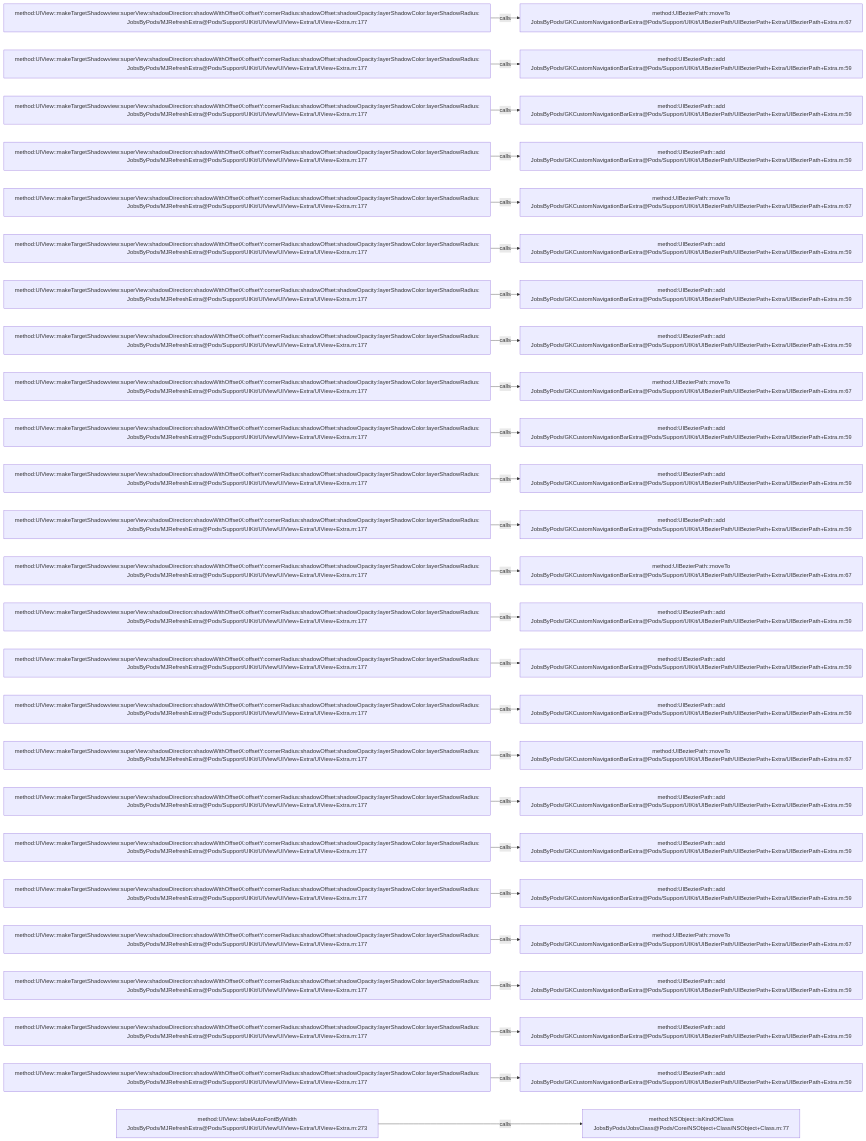
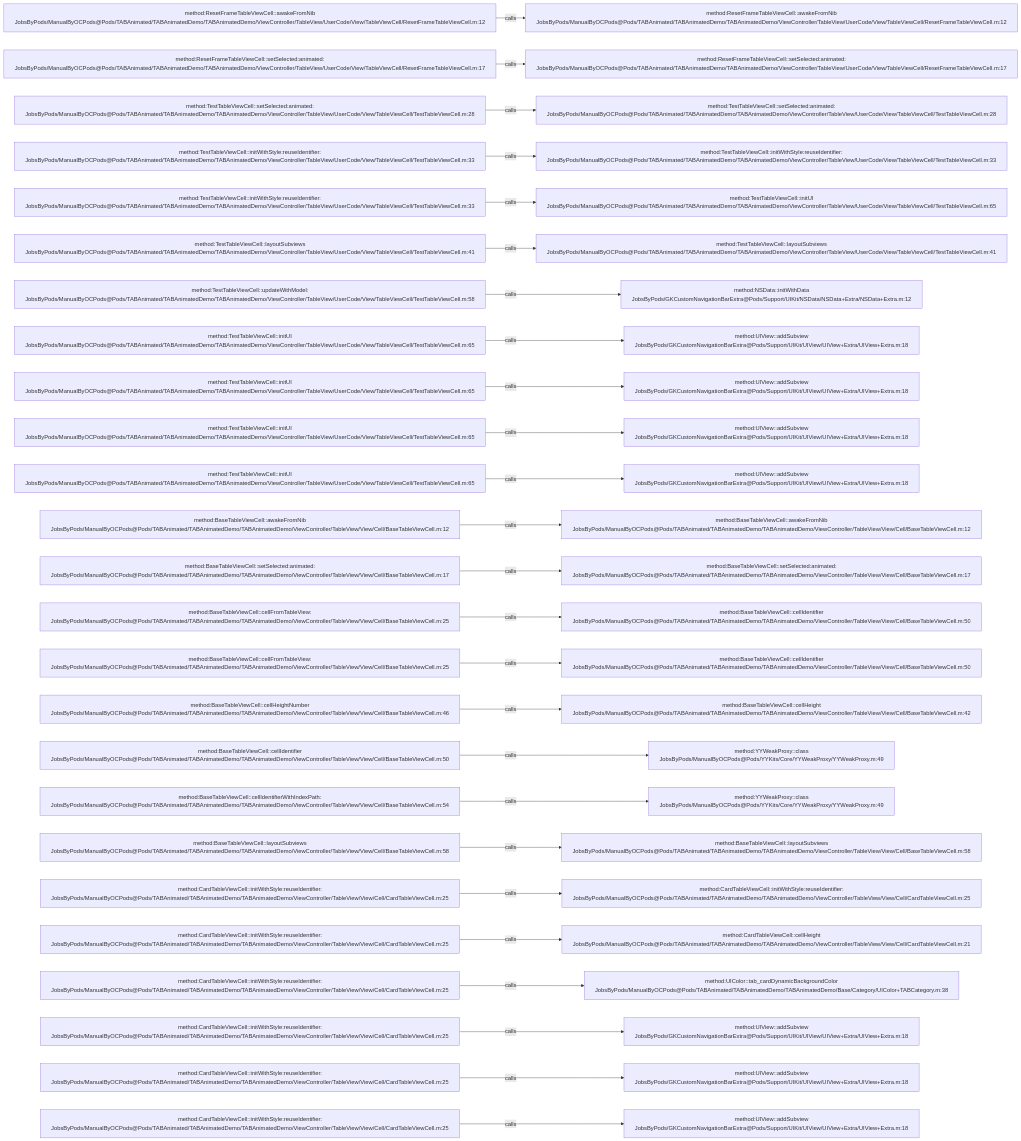
Before and after one commit to JobsKits/JobsOCBaseConfigDemo: the diagram in .codegraph/codegraph.md/graphs/calls-173.md, drawn with Mermaid. The commit also changed 573 other files, not shown here.

````diff
--- a/.codegraph/codegraph.md/graphs/calls-173.md
+++ b/.codegraph/codegraph.md/graphs/calls-173.md
@@ -13,78 +13,78 @@
 ```mermaid
 flowchart LR
-  S1["method:UIView::makeTargetShadowview:superView:shadowDirection:shadowWithOffsetX:offsetY:cornerRadius:shadowOffset:shadowOpacity:layerShadowColor:layerShadowRadius:<br/>JobsByPods/MJRefreshExtra@Pods/Support/UIKit/UIView/UIView+Extra/UIView+Extra.m:177"]
-  T1["method:UIBezierPath::moveTo<br/>JobsByPods/GKCustomNavigationBarExtra@Pods/Support/UIKit/UIBezierPath/UIBezierPath+Extra/UIBezierPath+Extra.m:67"]
+  S1["method:ResetFrameTableViewCell::awakeFromNib<br/>JobsByPods/ManualByOCPods@Pods/TABAnimated/TABAnimatedDemo/TABAnimatedDemo/ViewController/TableView/UserCode/View/TableViewCell/ResetFrameTableViewCell.m:12"]
+  T1["method:ResetFrameTableViewCell::awakeFromNib<br/>JobsByPods/ManualByOCPods@Pods/TABAnimated/TABAnimatedDemo/TABAnimatedDemo/ViewController/TableView/UserCode/View/TableViewCell/ResetFrameTableViewCell.m:12"]
   S1 -->|calls| T1
-  S2["method:UIView::makeTargetShadowview:superView:shadowDirection:shadowWithOffsetX:offsetY:cornerRadius:shadowOffset:shadowOpacity:layerShadowColor:layerShadowRadius:<br/>JobsByPods/MJRefreshExtra@Pods/Support/UIKit/UIView/UIView+Extra/UIView+Extra.m:177"]
-  T2["method:UIBezierPath::add<br/>JobsByPods/GKCustomNavigationBarExtra@Pods/Support/UIKit/UIBezierPath/UIBezierPath+Extra/UIBezierPath+Extra.m:59"]
+  S2["method:ResetFrameTableViewCell::setSelected:animated:<br/>JobsByPods/ManualByOCPods@Pods/TABAnimated/TABAnimatedDemo/TABAnimatedDemo/ViewController/TableView/UserCode/View/TableViewCell/ResetFrameTableViewCell.m:17"]
+  T2["method:ResetFrameTableViewCell::setSelected:animated:<br/>JobsByPods/ManualByOCPods@Pods/TABAnimated/TABAnimatedDemo/TABAnimatedDemo/ViewController/TableView/UserCode/View/TableViewCell/ResetFrameTableViewCell.m:17"]
   S2 -->|calls| T2
-  S3["method:UIView::makeTargetShadowview:superView:shadowDirection:shadowWithOffsetX:offsetY:cornerRadius:shadowOffset:shadowOpacity:layerShadowColor:layerShadowRadius:<br/>JobsByPods/MJRefreshExtra@Pods/Support/UIKit/UIView/UIView+Extra/UIView+Extra.m:177"]
-  T3["method:UIBezierPath::add<br/>JobsByPods/GKCustomNavigationBarExtra@Pods/Support/UIKit/UIBezierPath/UIBezierPath+Extra/UIBezierPath+Extra.m:59"]
+  S3["method:TestTableViewCell::setSelected:animated:<br/>JobsByPods/ManualByOCPods@Pods/TABAnimated/TABAnimatedDemo/TABAnimatedDemo/ViewController/TableView/UserCode/View/TableViewCell/TestTableViewCell.m:28"]
+  T3["method:TestTableViewCell::setSelected:animated:<br/>JobsByPods/ManualByOCPods@Pods/TABAnimated/TABAnimatedDemo/TABAnimatedDemo/ViewController/TableView/UserCode/View/TableViewCell/TestTableViewCell.m:28"]
   S3 -->|calls| T3
-  S4["method:UIView::makeTargetShadowview:superView:shadowDirection:shadowWithOffsetX:offsetY:cornerRadius:shadowOffset:shadowOpacity:layerShadowColor:layerShadowRadius:<br/>JobsByPods/MJRefreshExtra@Pods/Support/UIKit/UIView/UIView+Extra/UIView+Extra.m:177"]
-  T4["method:UIBezierPath::add<br/>JobsByPods/GKCustomNavigationBarExtra@Pods/Support/UIKit/UIBezierPath/UIBezierPath+Extra/UIBezierPath+Extra.m:59"]
+  S4["method:TestTableViewCell::initWithStyle:reuseIdentifier:<br/>JobsByPods/ManualByOCPods@Pods/TABAnimated/TABAnimatedDemo/TABAnimatedDemo/ViewController/TableView/UserCode/View/TableViewCell/TestTableViewCell.m:33"]
+  T4["method:TestTableViewCell::initWithStyle:reuseIdentifier:<br/>JobsByPods/ManualByOCPods@Pods/TABAnimated/TABAnimatedDemo/TABAnimatedDemo/ViewController/TableView/UserCode/View/TableViewCell/TestTableViewCell.m:33"]
   S4 -->|calls| T4
-  S5["method:UIView::makeTargetShadowview:superView:shadowDirection:shadowWithOffsetX:offsetY:cornerRadius:shadowOffset:shadowOpacity:layerShadowColor:layerShadowRadius:<br/>JobsByPods/MJRefreshExtra@Pods/Support/UIKit/UIView/UIView+Extra/UIView+Extra.m:177"]
-  T5["method:UIBezierPath::moveTo<br/>JobsByPods/GKCustomNavigationBarExtra@Pods/Support/UIKit/UIBezierPath/UIBezierPath+Extra/UIBezierPath+Extra.m:67"]
+  S5["method:TestTableViewCell::initWithStyle:reuseIdentifier:<br/>JobsByPods/ManualByOCPods@Pods/TABAnimated/TABAnimatedDemo/TABAnimatedDemo/ViewController/TableView/UserCode/View/TableViewCell/TestTableViewCell.m:33"]
+  T5["method:TestTableViewCell::initUI<br/>JobsByPods/ManualByOCPods@Pods/TABAnimated/TABAnimatedDemo/TABAnimatedDemo/ViewController/TableView/UserCode/View/TableViewCell/TestTableViewCell.m:65"]
   S5 -->|calls| T5
-  S6["method:UIView::makeTargetShadowview:superView:shadowDirection:shadowWithOffsetX:offsetY:cornerRadius:shadowOffset:shadowOpacity:layerShadowColor:layerShadowRadius:<br/>JobsByPods/MJRefreshExtra@Pods/Support/UIKit/UIView/UIView+Extra/UIView+Extra.m:177"]
-  T6["method:UIBezierPath::add<br/>JobsByPods/GKCustomNavigationBarExtra@Pods/Support/UIKit/UIBezierPath/UIBezierPath+Extra/UIBezierPath+Extra.m:59"]
+  S6["method:TestTableViewCell::layoutSubviews<br/>JobsByPods/ManualByOCPods@Pods/TABAnimated/TABAnimatedDemo/TABAnimatedDemo/ViewController/TableView/UserCode/View/TableViewCell/TestTableViewCell.m:41"]
+  T6["method:TestTableViewCell::layoutSubviews<br/>JobsByPods/ManualByOCPods@Pods/TABAnimated/TABAnimatedDemo/TABAnimatedDemo/ViewController/TableView/UserCode/View/TableViewCell/TestTableViewCell.m:41"]
   S6 -->|calls| T6
-  S7["method:UIView::makeTargetShadowview:superView:shadowDirection:shadowWithOffsetX:offsetY:cornerRadius:shadowOffset:shadowOpacity:layerShadowColor:layerShadowRadius:<br/>JobsByPods/MJRefreshExtra@Pods/Support/UIKit/UIView/UIView+Extra/UIView+Extra.m:177"]
-  T7["method:UIBezierPath::add<br/>JobsByPods/GKCustomNavigationBarExtra@Pods/Support/UIKit/UIBezierPath/UIBezierPath+Extra/UIBezierPath+Extra.m:59"]
+  S7["method:TestTableViewCell::updateWithModel:<br/>JobsByPods/ManualByOCPods@Pods/TABAnimated/TABAnimatedDemo/TABAnimatedDemo/ViewController/TableView/UserCode/View/TableViewCell/TestTableViewCell.m:58"]
+  T7["method:NSData::initWithData<br/>JobsByPods/GKCustomNavigationBarExtra@Pods/Support/UIKit/NSData/NSData+Extra/NSData+Extra.m:12"]
   S7 -->|calls| T7
-  S8["method:UIView::makeTargetShadowview:superView:shadowDirection:shadowWithOffsetX:offsetY:cornerRadius:shadowOffset:shadowOpacity:layerShadowColor:layerShadowRadius:<br/>JobsByPods/MJRefreshExtra@Pods/Support/UIKit/UIView/UIView+Extra/UIView+Extra.m:177"]
-  T8["method:UIBezierPath::add<br/>JobsByPods/GKCustomNavigationBarExtra@Pods/Support/UIKit/UIBezierPath/UIBezierPath+Extra/UIBezierPath+Extra.m:59"]
+  S8["method:TestTableViewCell::initUI<br/>JobsByPods/ManualByOCPods@Pods/TABAnimated/TABAnimatedDemo/TABAnimatedDemo/ViewController/TableView/UserCode/View/TableViewCell/TestTableViewCell.m:65"]
+  T8["method:UIView::addSubview<br/>JobsByPods/GKCustomNavigationBarExtra@Pods/Support/UIKit/UIView/UIView+Extra/UIView+Extra.m:18"]
   S8 -->|calls| T8
-  S9["method:UIView::makeTargetShadowview:superView:shadowDirection:shadowWithOffsetX:offsetY:cornerRadius:shadowOffset:shadowOpacity:layerShadowColor:layerShadowRadius:<br/>JobsByPods/MJRefreshExtra@Pods/Support/UIKit/UIView/UIView+Extra/UIView+Extra.m:177"]
-  T9["method:UIBezierPath::moveTo<br/>JobsByPods/GKCustomNavigationBarExtra@Pods/Support/UIKit/UIBezierPath/UIBezierPath+Extra/UIBezierPath+Extra.m:67"]
+  S9["method:TestTableViewCell::initUI<br/>JobsByPods/ManualByOCPods@Pods/TABAnimated/TABAnimatedDemo/TABAnimatedDemo/ViewController/TableView/UserCode/View/TableViewCell/TestTableViewCell.m:65"]
+  T9["method:UIView::addSubview<br/>JobsByPods/GKCustomNavigationBarExtra@Pods/Support/UIKit/UIView/UIView+Extra/UIView+Extra.m:18"]
   S9 -->|calls| T9
-  S10["method:UIView::makeTargetShadowview:superView:shadowDirection:shadowWithOffsetX:offsetY:cornerRadius:shadowOffset:shadowOpacity:layerShadowColor:layerShadowRadius:<br/>JobsByPods/MJRefreshExtra@Pods/Support/UIKit/UIView/UIView+Extra/UIView+Extra.m:177"]
-  T10["method:UIBezierPath::add<br/>JobsByPods/GKCustomNavigationBarExtra@Pods/Support/UIKit/UIBezierPath/UIBezierPath+Extra/UIBezierPath+Extra.m:59"]
+  S10["method:TestTableViewCell::initUI<br/>JobsByPods/ManualByOCPods@Pods/TABAnimated/TABAnimatedDemo/TABAnimatedDemo/ViewController/TableView/UserCode/View/TableViewCell/TestTableViewCell.m:65"]
+  T10["method:UIView::addSubview<br/>JobsByPods/GKCustomNavigationBarExtra@Pods/Support/UIKit/UIView/UIView+Extra/UIView+Extra.m:18"]
   S10 -->|calls| T10
-  S11["method:UIView::makeTargetShadowview:superView:shadowDirection:shadowWithOffsetX:offsetY:cornerRadius:shadowOffset:shadowOpacity:layerShadowColor:layerShadowRadius:<br/>JobsByPods/MJRefreshExtra@Pods/Support/UIKit/UIView/UIView+Extra/UIView+Extra.m:177"]
-  T11["method:UIBezierPath::add<br/>JobsByPods/GKCustomNavigationBarExtra@Pods/Support/UIKit/UIBezierPath/UIBezierPath+Extra/UIBezierPath+Extra.m:59"]
+  S11["method:TestTableViewCell::initUI<br/>JobsByPods/ManualByOCPods@Pods/TABAnimated/TABAnimatedDemo/TABAnimatedDemo/ViewController/TableView/UserCode/View/TableViewCell/TestTableViewCell.m:65"]
+  T11["method:UIView::addSubview<br/>JobsByPods/GKCustomNavigationBarExtra@Pods/Support/UIKit/UIView/UIView+Extra/UIView+Extra.m:18"]
   S11 -->|calls| T11
-  S12["method:UIView::makeTargetShadowview:superView:shadowDirection:shadowWithOffsetX:offsetY:cornerRadius:shadowOffset:shadowOpacity:layerShadowColor:layerShadowRadius:<br/>JobsByPods/MJRefreshExtra@Pods/Support/UIKit/UIView/UIView+Extra/UIView+Extra.m:177"]
-  T12["method:UIBezierPath::add<br/>JobsByPods/GKCustomNavigationBarExtra@Pods/Support/UIKit/UIBezierPath/UIBezierPath+Extra/UIBezierPath+Extra.m:59"]
+  S12["method:BaseTableViewCell::awakeFromNib<br/>JobsByPods/ManualByOCPods@Pods/TABAnimated/TABAnimatedDemo/TABAnimatedDemo/ViewController/TableView/View/Cell/BaseTableViewCell.m:12"]
+  T12["method:BaseTableViewCell::awakeFromNib<br/>JobsByPods/ManualByOCPods@Pods/TABAnimated/TABAnimatedDemo/TABAnimatedDemo/ViewController/TableView/View/Cell/BaseTableViewCell.m:12"]
   S12 -->|calls| T12
-  S13["method:UIView::makeTargetShadowview:superView:shadowDirection:shadowWithOffsetX:offsetY:cornerRadius:shadowOffset:shadowOpacity:layerShadowColor:layerShadowRadius:<br/>JobsByPods/MJRefreshExtra@Pods/Support/UIKit/UIView/UIView+Extra/UIView+Extra.m:177"]
-  T13["method:UIBezierPath::moveTo<br/>JobsByPods/GKCustomNavigationBarExtra@Pods/Support/UIKit/UIBezierPath/UIBezierPath+Extra/UIBezierPath+Extra.m:67"]
+  S13["method:BaseTableViewCell::setSelected:animated:<br/>JobsByPods/ManualByOCPods@Pods/TABAnimated/TABAnimatedDemo/TABAnimatedDemo/ViewController/TableView/View/Cell/BaseTableViewCell.m:17"]
+  T13["method:BaseTableViewCell::setSelected:animated:<br/>JobsByPods/ManualByOCPods@Pods/TABAnimated/TABAnimatedDemo/TABAnimatedDemo/ViewController/TableView/View/Cell/BaseTableViewCell.m:17"]
   S13 -->|calls| T13
-  S14["method:UIView::makeTargetShadowview:superView:shadowDirection:shadowWithOffsetX:offsetY:cornerRadius:shadowOffset:shadowOpacity:layerShadowColor:layerShadowRadius:<br/>JobsByPods/MJRefreshExtra@Pods/Support/UIKit/UIView/UIView+Extra/UIView+Extra.m:177"]
-  T14["method:UIBezierPath::add<br/>JobsByPods/GKCustomNavigationBarExtra@Pods/Support/UIKit/UIBezierPath/UIBezierPath+Extra/UIBezierPath+Extra.m:59"]
+  S14["method:BaseTableViewCell::cellFromTableView:<br/>JobsByPods/ManualByOCPods@Pods/TABAnimated/TABAnimatedDemo/TABAnimatedDemo/ViewController/TableView/View/Cell/BaseTableViewCell.m:25"]
+  T14["method:BaseTableViewCell::cellIdentifier<br/>JobsByPods/ManualByOCPods@Pods/TABAnimated/TABAnimatedDemo/TABAnimatedDemo/ViewController/TableView/View/Cell/BaseTableViewCell.m:50"]
   S14 -->|calls| T14
-  S15["method:UIView::makeTargetShadowview:superView:shadowDirection:shadowWithOffsetX:offsetY:cornerRadius:shadowOffset:shadowOpacity:layerShadowColor:layerShadowRadius:<br/>JobsByPods/MJRefreshExtra@Pods/Support/UIKit/UIView/UIView+Extra/UIView+Extra.m:177"]
-  T15["method:UIBezierPath::add<br/>JobsByPods/GKCustomNavigationBarExtra@Pods/Support/UIKit/UIBezierPath/UIBezierPath+Extra/UIBezierPath+Extra.m:59"]
+  S15["method:BaseTableViewCell::cellFromTableView:<br/>JobsByPods/ManualByOCPods@Pods/TABAnimated/TABAnimatedDemo/TABAnimatedDemo/ViewController/TableView/View/Cell/BaseTableViewCell.m:25"]
+  T15["method:BaseTableViewCell::cellIdentifier<br/>JobsByPods/ManualByOCPods@Pods/TABAnimated/TABAnimatedDemo/TABAnimatedDemo/ViewController/TableView/View/Cell/BaseTableViewCell.m:50"]
   S15 -->|calls| T15
-  S16["method:UIView::makeTargetShadowview:superView:shadowDirection:shadowWithOffsetX:offsetY:cornerRadius:shadowOffset:shadowOpacity:layerShadowColor:layerShadowRadius:<br/>JobsByPods/MJRefreshExtra@Pods/Support/UIKit/UIView/UIView+Extra/UIView+Extra.m:177"]
-  T16["method:UIBezierPath::add<br/>JobsByPods/GKCustomNavigationBarExtra@Pods/Support/UIKit/UIBezierPath/UIBezierPath+Extra/UIBezierPath+Extra.m:59"]
+  S16["method:BaseTableViewCell::cellHeightNumber<br/>JobsByPods/ManualByOCPods@Pods/TABAnimated/TABAnimatedDemo/TABAnimatedDemo/ViewController/TableView/View/Cell/BaseTableViewCell.m:46"]
+  T16["method:BaseTableViewCell::cellHeight<br/>JobsByPods/ManualByOCPods@Pods/TABAnimated/TABAnimatedDemo/TABAnimatedDemo/ViewController/TableView/View/Cell/BaseTableViewCell.m:42"]
   S16 -->|calls| T16
-  S17["method:UIView::makeTargetShadowview:superView:shadowDirection:shadowWithOffsetX:offsetY:cornerRadius:shadowOffset:shadowOpacity:layerShadowColor:layerShadowRadius:<br/>JobsByPods/MJRefreshExtra@Pods/Support/UIKit/UIView/UIView+Extra/UIView+Extra.m:177"]
-  T17["method:UIBezierPath::moveTo<br/>JobsByPods/GKCustomNavigationBarExtra@Pods/Support/UIKit/UIBezierPath/UIBezierPath+Extra/UIBezierPath+Extra.m:67"]
+  S17["method:BaseTableViewCell::cellIdentifier<br/>JobsByPods/ManualByOCPods@Pods/TABAnimated/TABAnimatedDemo/TABAnimatedDemo/ViewController/TableView/View/Cell/BaseTableViewCell.m:50"]
+  T17["method:YYWeakProxy::class<br/>JobsByPods/ManualByOCPods@Pods/YYKits/Core/YYWeakProxy/YYWeakProxy.m:49"]
   S17 -->|calls| T17
-  S18["method:UIView::makeTargetShadowview:superView:shadowDirection:shadowWithOffsetX:offsetY:cornerRadius:shadowOffset:shadowOpacity:layerShadowColor:layerShadowRadius:<br/>JobsByPods/MJRefreshExtra@Pods/Support/UIKit/UIView/UIView+Extra/UIView+Extra.m:177"]
-  T18["method:UIBezierPath::add<br/>JobsByPods/GKCustomNavigationBarExtra@Pods/Support/UIKit/UIBezierPath/UIBezierPath+Extra/UIBezierPath+Extra.m:59"]
+  S18["method:BaseTableViewCell::cellIdentifierWithIndexPath:<br/>JobsByPods/ManualByOCPods@Pods/TABAnimated/TABAnimatedDemo/TABAnimatedDemo/ViewController/TableView/View/Cell/BaseTableViewCell.m:54"]
+  T18["method:YYWeakProxy::class<br/>JobsByPods/ManualByOCPods@Pods/YYKits/Core/YYWeakProxy/YYWeakProxy.m:49"]
   S18 -->|calls| T18
-  S19["method:UIView::makeTargetShadowview:superView:shadowDirection:shadowWithOffsetX:offsetY:cornerRadius:shadowOffset:shadowOpacity:layerShadowColor:layerShadowRadius:<br/>JobsByPods/MJRefreshExtra@Pods/Support/UIKit/UIView/UIView+Extra/UIView+Extra.m:177"]
-  T19["method:UIBezierPath::add<br/>JobsByPods/GKCustomNavigationBarExtra@Pods/Support/UIKit/UIBezierPath/UIBezierPath+Extra/UIBezierPath+Extra.m:59"]
+  S19["method:BaseTableViewCell::layoutSubviews<br/>JobsByPods/ManualByOCPods@Pods/TABAnimated/TABAnimatedDemo/TABAnimatedDemo/ViewController/TableView/View/Cell/BaseTableViewCell.m:58"]
+  T19["method:BaseTableViewCell::layoutSubviews<br/>JobsByPods/ManualByOCPods@Pods/TABAnimated/TABAnimatedDemo/TABAnimatedDemo/ViewController/TableView/View/Cell/BaseTableViewCell.m:58"]
   S19 -->|calls| T19
-  S20["method:UIView::makeTargetShadowview:superView:shadowDirection:shadowWithOffsetX:offsetY:cornerRadius:shadowOffset:shadowOpacity:layerShadowColor:layerShadowRadius:<br/>JobsByPods/MJRefreshExtra@Pods/Support/UIKit/UIView/UIView+Extra/UIView+Extra.m:177"]
-  T20["method:UIBezierPath::add<br/>JobsByPods/GKCustomNavigationBarExtra@Pods/Support/UIKit/UIBezierPath/UIBezierPath+Extra/UIBezierPath+Extra.m:59"]
+  S20["method:CardTableViewCell::initWithStyle:reuseIdentifier:<br/>JobsByPods/ManualByOCPods@Pods/TABAnimated/TABAnimatedDemo/TABAnimatedDemo/ViewController/TableView/View/Cell/CardTableViewCell.m:25"]
+  T20["method:CardTableViewCell::initWithStyle:reuseIdentifier:<br/>JobsByPods/ManualByOCPods@Pods/TABAnimated/TABAnimatedDemo/TABAnimatedDemo/ViewController/TableView/View/Cell/CardTableViewCell.m:25"]
   S20 -->|calls| T20
-  S21["method:UIView::makeTargetShadowview:superView:shadowDirection:shadowWithOffsetX:offsetY:cornerRadius:shadowOffset:shadowOpacity:layerShadowColor:layerShadowRadius:<br/>JobsByPods/MJRefreshExtra@Pods/Support/UIKit/UIView/UIView+Extra/UIView+Extra.m:177"]
-  T21["method:UIBezierPath::moveTo<br/>JobsByPods/GKCustomNavigationBarExtra@Pods/Support/UIKit/UIBezierPath/UIBezierPath+Extra/UIBezierPath+Extra.m:67"]
+  S21["method:CardTableViewCell::initWithStyle:reuseIdentifier:<br/>JobsByPods/ManualByOCPods@Pods/TABAnimated/TABAnimatedDemo/TABAnimatedDemo/ViewController/TableView/View/Cell/CardTableViewCell.m:25"]
+  T21["method:CardTableViewCell::cellHeight<br/>JobsByPods/ManualByOCPods@Pods/TABAnimated/TABAnimatedDemo/TABAnimatedDemo/ViewController/TableView/View/Cell/CardTableViewCell.m:21"]
   S21 -->|calls| T21
-  S22["method:UIView::makeTargetShadowview:superView:shadowDirection:shadowWithOffsetX:offsetY:cornerRadius:shadowOffset:shadowOpacity:layerShadowColor:layerShadowRadius:<br/>JobsByPods/MJRefreshExtra@Pods/Support/UIKit/UIView/UIView+Extra/UIView+Extra.m:177"]
-  T22["method:UIBezierPath::add<br/>JobsByPods/GKCustomNavigationBarExtra@Pods/Support/UIKit/UIBezierPath/UIBezierPath+Extra/UIBezierPath+Extra.m:59"]
+  S22["method:CardTableViewCell::initWithStyle:reuseIdentifier:<br/>JobsByPods/ManualByOCPods@Pods/TABAnimated/TABAnimatedDemo/TABAnimatedDemo/ViewController/TableView/View/Cell/CardTableViewCell.m:25"]
+  T22["method:UIColor::tab_cardDynamicBackgroundColor<br/>JobsByPods/ManualByOCPods@Pods/TABAnimated/TABAnimatedDemo/TABAnimatedDemo/Base/Category/UIColor+TABCategory.m:38"]
   S22 -->|calls| T22
-  S23["method:UIView::makeTargetShadowview:superView:shadowDirection:shadowWithOffsetX:offsetY:cornerRadius:shadowOffset:shadowOpacity:layerShadowColor:layerShadowRadius:<br/>JobsByPods/MJRefreshExtra@Pods/Support/UIKit/UIView/UIView+Extra/UIView+Extra.m:177"]
-  T23["method:UIBezierPath::add<br/>JobsByPods/GKCustomNavigationBarExtra@Pods/Support/UIKit/UIBezierPath/UIBezierPath+Extra/UIBezierPath+Extra.m:59"]
+  S23["method:CardTableViewCell::initWithStyle:reuseIdentifier:<br/>JobsByPods/ManualByOCPods@Pods/TABAnimated/TABAnimatedDemo/TABAnimatedDemo/ViewController/TableView/View/Cell/CardTableViewCell.m:25"]
+  T23["method:UIView::addSubview<br/>JobsByPods/GKCustomNavigationBarExtra@Pods/Support/UIKit/UIView/UIView+Extra/UIView+Extra.m:18"]
   S23 -->|calls| T23
-  S24["method:UIView::makeTargetShadowview:superView:shadowDirection:shadowWithOffsetX:offsetY:cornerRadius:shadowOffset:shadowOpacity:layerShadowColor:layerShadowRadius:<br/>JobsByPods/MJRefreshExtra@Pods/Support/UIKit/UIView/UIView+Extra/UIView+Extra.m:177"]
-  T24["method:UIBezierPath::add<br/>JobsByPods/GKCustomNavigationBarExtra@Pods/Support/UIKit/UIBezierPath/UIBezierPath+Extra/UIBezierPath+Extra.m:59"]
+  S24["method:CardTableViewCell::initWithStyle:reuseIdentifier:<br/>JobsByPods/ManualByOCPods@Pods/TABAnimated/TABAnimatedDemo/TABAnimatedDemo/ViewController/TableView/View/Cell/CardTableViewCell.m:25"]
+  T24["method:UIView::addSubview<br/>JobsByPods/GKCustomNavigationBarExtra@Pods/Support/UIKit/UIView/UIView+Extra/UIView+Extra.m:18"]
   S24 -->|calls| T24
-  S25["method:UIView::labelAutoFontByWidth<br/>JobsByPods/MJRefreshExtra@Pods/Support/UIKit/UIView/UIView+Extra/UIView+Extra.m:273"]
-  T25["method:NSObject::isKindOfClass<br/>JobsByPods/JobsClass@Pods/Core/NSObject+Class/NSObject+Class.m:77"]
+  S25["method:CardTableViewCell::initWithStyle:reuseIdentifier:<br/>JobsByPods/ManualByOCPods@Pods/TABAnimated/TABAnimatedDemo/TABAnimatedDemo/ViewController/TableView/View/Cell/CardTableViewCell.m:25"]
+  T25["method:UIView::addSubview<br/>JobsByPods/GKCustomNavigationBarExtra@Pods/Support/UIKit/UIView/UIView+Extra/UIView+Extra.m:18"]
   S25 -->|calls| T25
 ```
````
